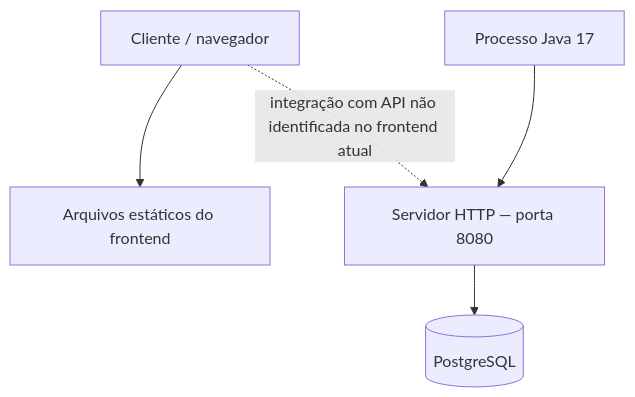
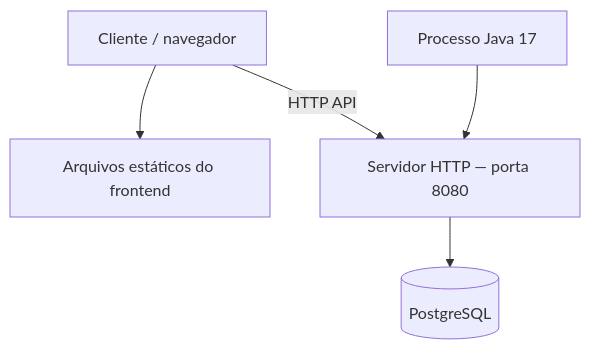
The third of 3 diagrams in docs/arquitetura/arquitetura.md (liviafgs/TrabalhoPratico-eng-software), drawn with Mermaid before and after one commit. The commit also changed other lines of this file and 3 other files, not shown here.

````diff
--- a/docs/arquitetura/arquitetura.md
+++ b/docs/arquitetura/arquitetura.md
@@ -128,7 +128,7 @@
 ```mermaid
 flowchart TB
     Cliente["Cliente / navegador"] --> Frontend["Arquivos estáticos do frontend"]
     Backend["Processo Java 17"] --> Servidor["Servidor HTTP — porta 8080"]
     Servidor --> PostgreSQL[("PostgreSQL")]
-    Cliente -. "integração com API não identificada no frontend atual" .-> Servidor
+    Cliente -->|HTTP API| Servidor
 ```
````
